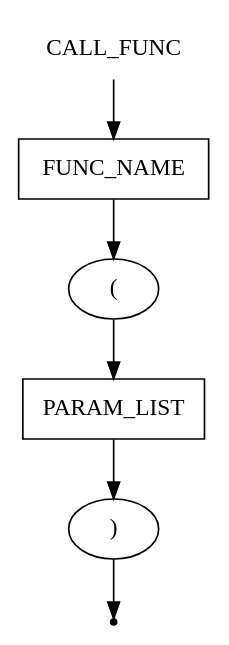
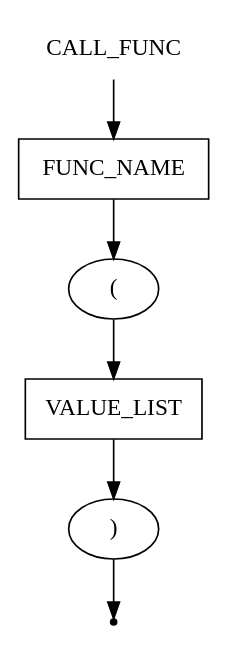
Before and after one commit to ayu-f/DSL_Pseudocode: the diagram in pseudocode/call_func.gv, drawn with Graphviz. The commit also changed 2 other files, not shown here.

Commit message:
add value_list and fix param, call func

```diff
--- a/pseudocode/call_func.gv
+++ b/pseudocode/call_func.gv
@@ -1,14 +1,14 @@
 digraph CALL_FUNC {
     start [label=CALL_FUNC shape=plaintext]
     func_name [label=FUNC_NAME shape=box]
     br_open [label="(" shape=oval]
-    param_list [label=PARAM_LIST shape=box]
+    value_list [label=VALUE_LIST shape=box]
     br_close [label=")" shape=oval]
     end [label="" shape=point]
 
     start -> func_name
     func_name -> br_open
-    br_open -> param_list
-    param_list -> br_close
+    br_open -> value_list
+    value_list -> br_close
     br_close -> end
 }
```
